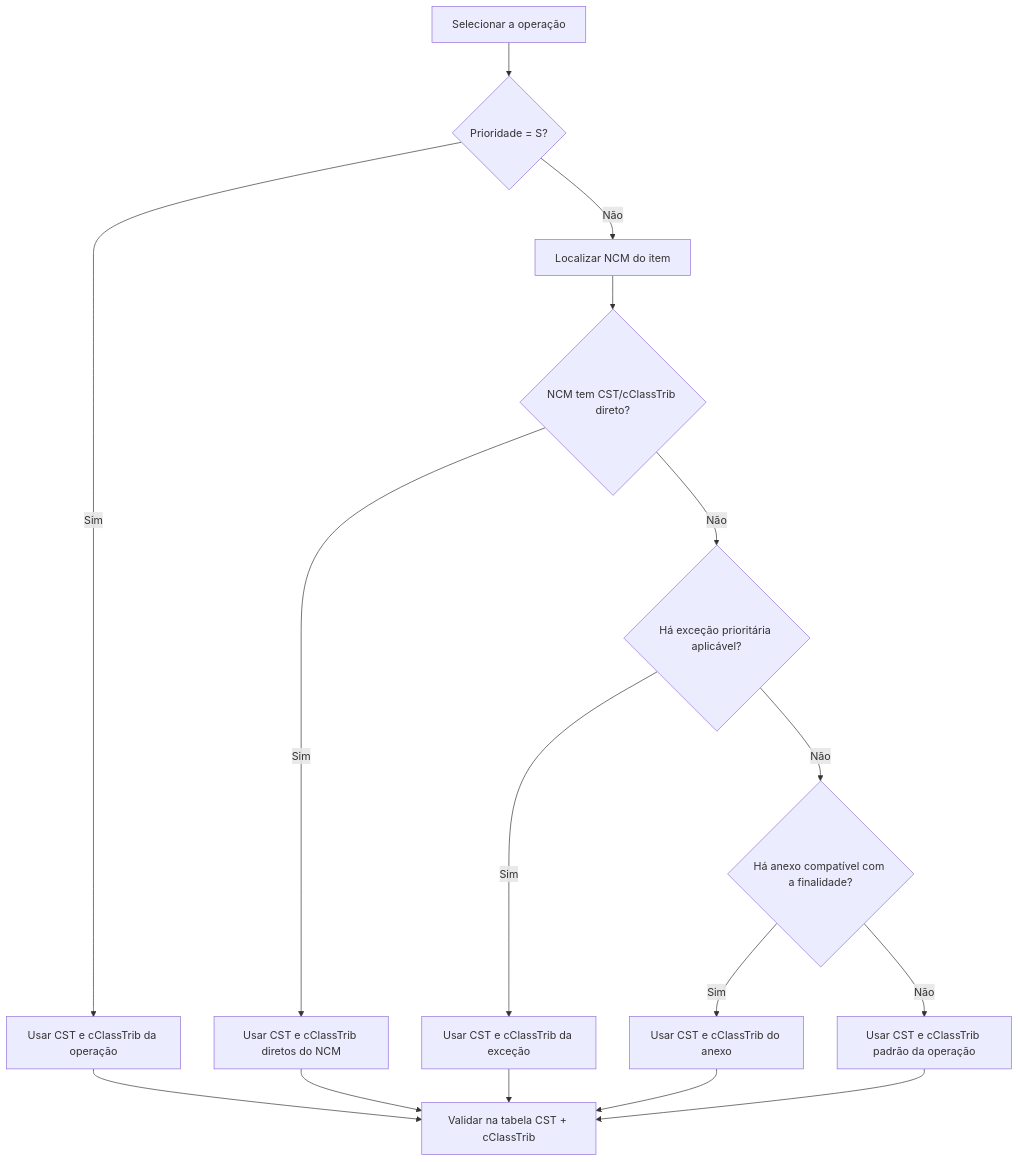
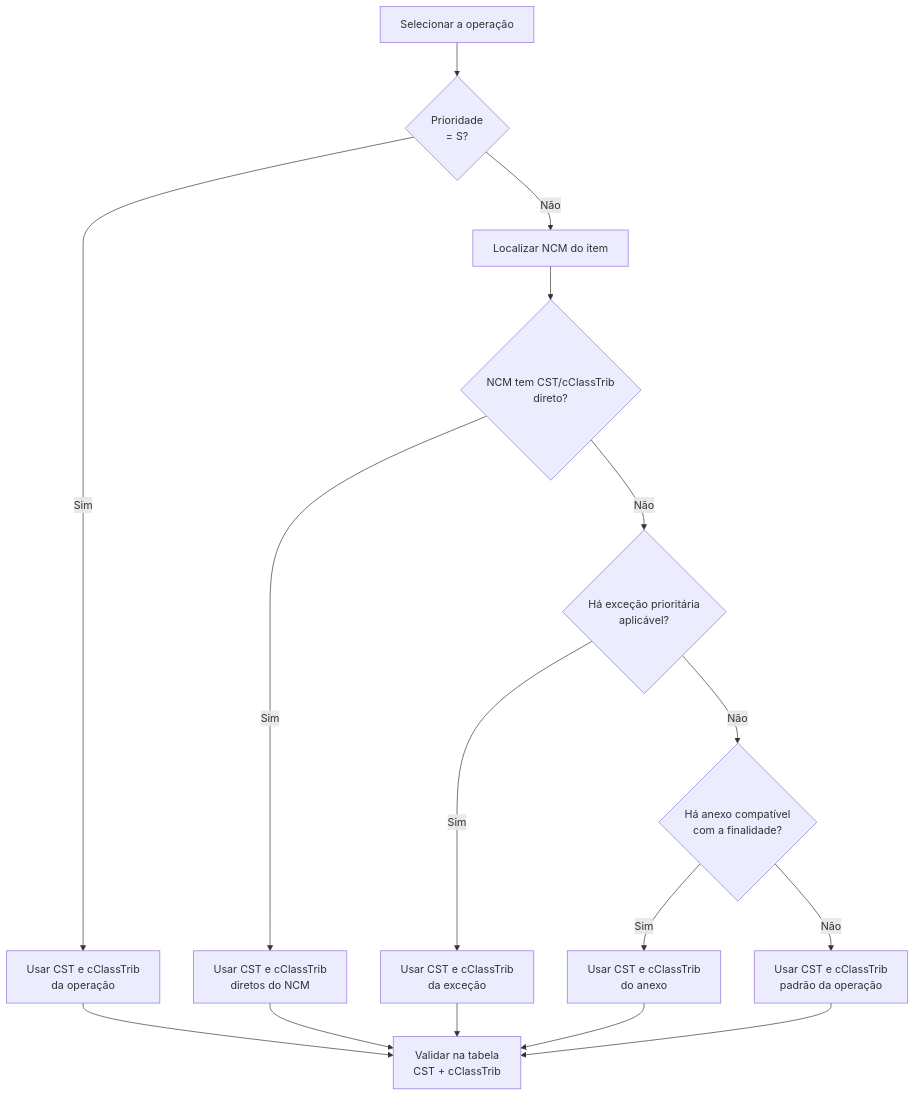
The diagram in docs/referencias/reforma-tributaria-nfe-nfce.md (Unimake/Uninfe), drawn with Mermaid before and after one commit. The commit also changed 6 other files, not shown here.

````diff
--- a/docs/referencias/reforma-tributaria-nfe-nfce.md
+++ b/docs/referencias/reforma-tributaria-nfe-nfce.md
@@ -26,18 +26,19 @@
 ```mermaid
+%%{init: {"flowchart": {"useMaxWidth": false}} }%%
 flowchart TD
-    A["Selecionar a operação"] --> B{"Prioridade = S?"}
-    B -- "Sim" --> Z["Usar CST e cClassTrib da operação"]
+    A["Selecionar a operação"] --> B{"Prioridade<br/>= S?"}
+    B -- "Sim" --> Z["Usar CST e cClassTrib<br/>da operação"]
     B -- "Não" --> C["Localizar NCM do item"]
-    C --> D{"NCM tem CST/cClassTrib direto?"}
-    D -- "Sim" --> N["Usar CST e cClassTrib diretos do NCM"]
-    D -- "Não" --> E{"Há exceção prioritária aplicável?"}
-    E -- "Sim" --> X["Usar CST e cClassTrib da exceção"]
-    E -- "Não" --> F{"Há anexo compatível com a finalidade?"}
-    F -- "Sim" --> G["Usar CST e cClassTrib do anexo"]
-    F -- "Não" --> H["Usar CST e cClassTrib padrão da operação"]
-    Z --> V["Validar na tabela CST + cClassTrib"]
+    C --> D{"NCM tem CST/cClassTrib<br/>direto?"}
+    D -- "Sim" --> N["Usar CST e cClassTrib<br/>diretos do NCM"]
+    D -- "Não" --> E{"Há exceção prioritária<br/>aplicável?"}
+    E -- "Sim" --> X["Usar CST e cClassTrib<br/>da exceção"]
+    E -- "Não" --> F{"Há anexo compatível<br/>com a finalidade?"}
+    F -- "Sim" --> G["Usar CST e cClassTrib<br/>do anexo"]
+    F -- "Não" --> H["Usar CST e cClassTrib<br/>padrão da operação"]
+    Z --> V["Validar na tabela<br/>CST + cClassTrib"]
     N --> V
     X --> V
     G --> V
     H --> V
 ```
````
